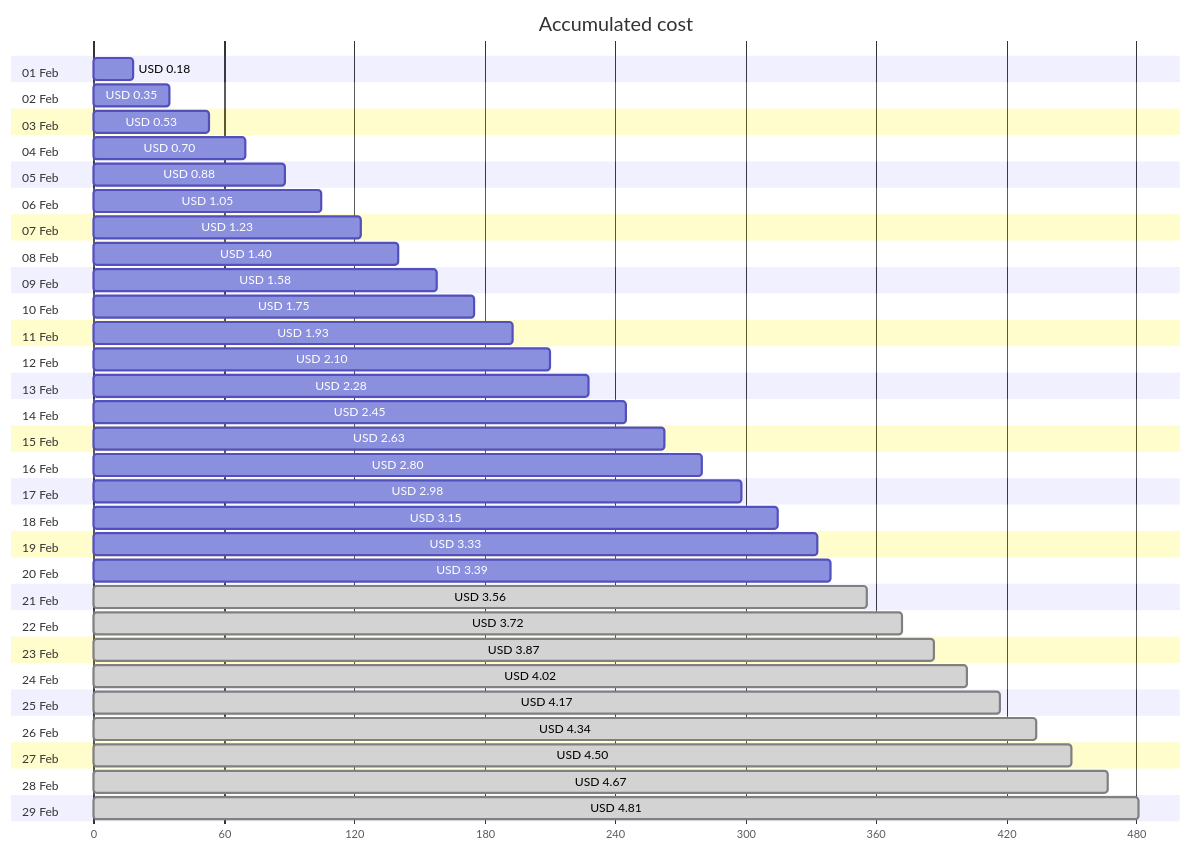
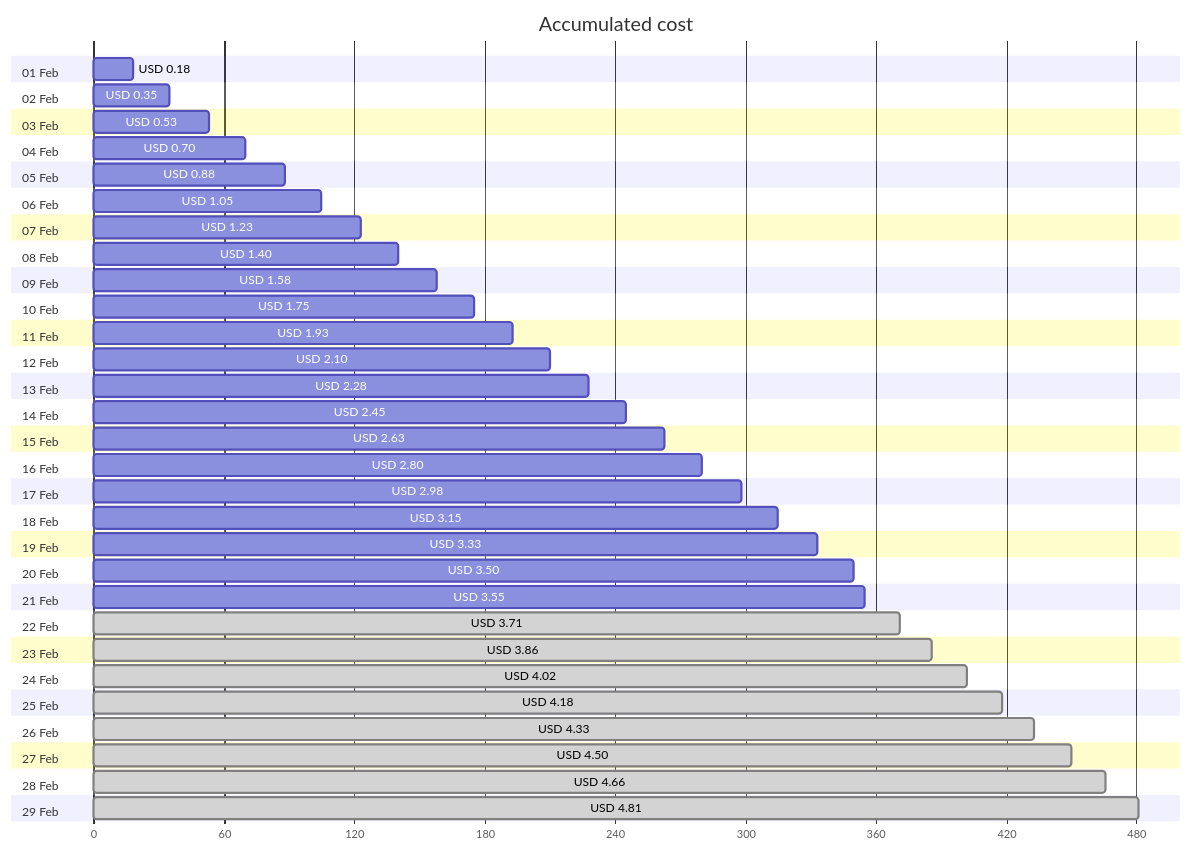
The first of 4 diagrams in cost-reports/personal-network/backup-server.md (jpfulton/azure-personal-reports), drawn with Mermaid before and after one commit. The commit also changed other lines of this file and 8 other files, not shown here.

````diff
--- a/cost-reports/personal-network/backup-server.md
+++ b/cost-reports/personal-network/backup-server.md
@@ -20,64 +20,64 @@
 ```mermaid
 gantt
    title Accumulated cost
    dateFormat  X
    axisFormat %s
    section 01 Feb
    USD 0.18 :0, 18
    section 02 Feb
    USD 0.35 :0, 35
    section 03 Feb
    USD 0.53 :0, 53
    section 04 Feb
    USD 0.70 :0, 70
    section 05 Feb
    USD 0.88 :0, 88
    section 06 Feb
    USD 1.05 :0, 105
    section 07 Feb
    USD 1.23 :0, 123
    section 08 Feb
    USD 1.40 :0, 140
    section 09 Feb
    USD 1.58 :0, 158
    section 10 Feb
    USD 1.75 :0, 175
    section 11 Feb
    USD 1.93 :0, 193
    section 12 Feb
    USD 2.10 :0, 210
    section 13 Feb
    USD 2.28 :0, 228
    section 14 Feb
    USD 2.45 :0, 245
    section 15 Feb
    USD 2.63 :0, 263
    section 16 Feb
    USD 2.80 :0, 280
    section 17 Feb
    USD 2.98 :0, 298
    section 18 Feb
    USD 3.15 :0, 315
    section 19 Feb
    USD 3.33 :0, 333
    section 20 Feb
-   USD 3.39 :0, 339
+   USD 3.50 :0, 350
    section 21 Feb
-   USD 3.56 : done, 0, 356
+   USD 3.55 :0, 355
    section 22 Feb
-   USD 3.72 : done, 0, 372
+   USD 3.71 : done, 0, 371
    section 23 Feb
-   USD 3.87 : done, 0, 387
+   USD 3.86 : done, 0, 386
    section 24 Feb
    USD 4.02 : done, 0, 402
    section 25 Feb
-   USD 4.17 : done, 0, 417
+   USD 4.18 : done, 0, 418
    section 26 Feb
-   USD 4.34 : done, 0, 434
+   USD 4.33 : done, 0, 433
    section 27 Feb
    USD 4.50 : done, 0, 450
    section 28 Feb
-   USD 4.67 : done, 0, 467
+   USD 4.66 : done, 0, 466
    section 29 Feb
    USD 4.81 : done, 0, 481
 ```
````
